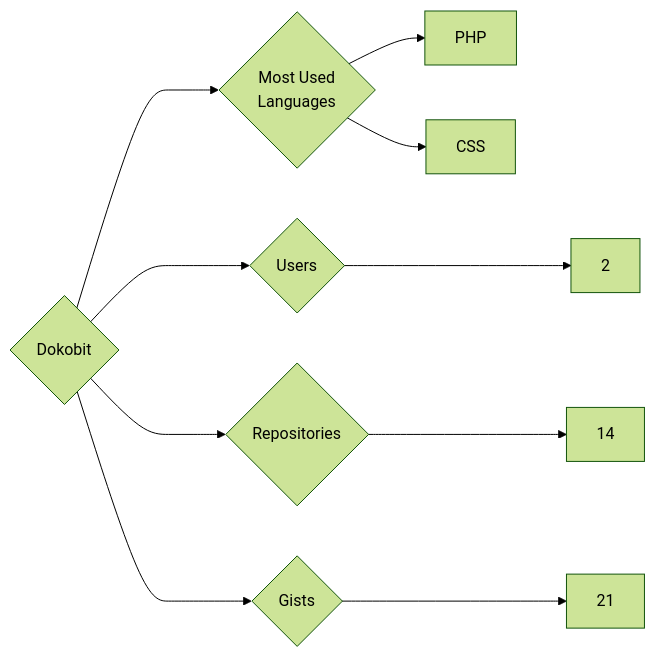
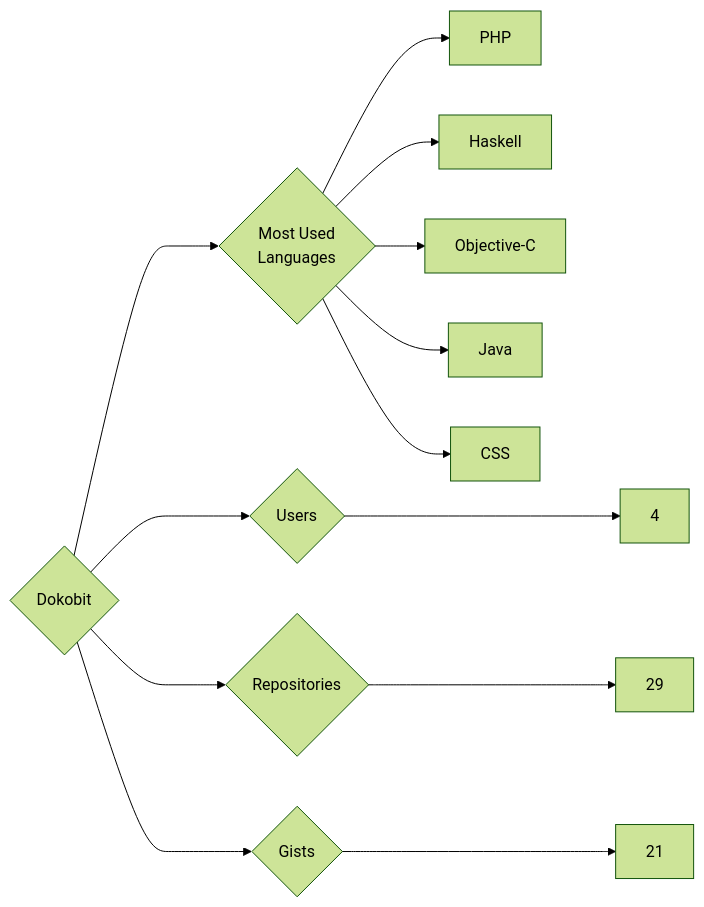
One commit to trickest/insiders changed the diagram in targets/Dokobit/README.md. Above: the diagram before and after it, drawn with Mermaid (forest theme). The commit also changed 772 other files, not shown here.

````diff
--- a/targets/Dokobit/README.md
+++ b/targets/Dokobit/README.md
@@ -3,10 +3,13 @@
 ```mermaid
 graph LR
 COMPANY_NAME{Dokobit}
-COMPANY_NAME ---> U{Users} ---> UN[2]
-COMPANY_NAME ---> R{Repositories} ---> RN[14]
+COMPANY_NAME ---> U{Users} ---> UN[4]
+COMPANY_NAME ---> R{Repositories} ---> RN[29]
 COMPANY_NAME ---> G{Gists} ---> GN[21]
 COMPANY_NAME ---> ML{Most Used<br>Languages}
 ML --> PHP[PHP]
+ML --> Haskell[Haskell]
+ML --> Objective-C[Objective-C]
+ML --> Java[Java]
 ML --> CSS[CSS]
 ```
````
